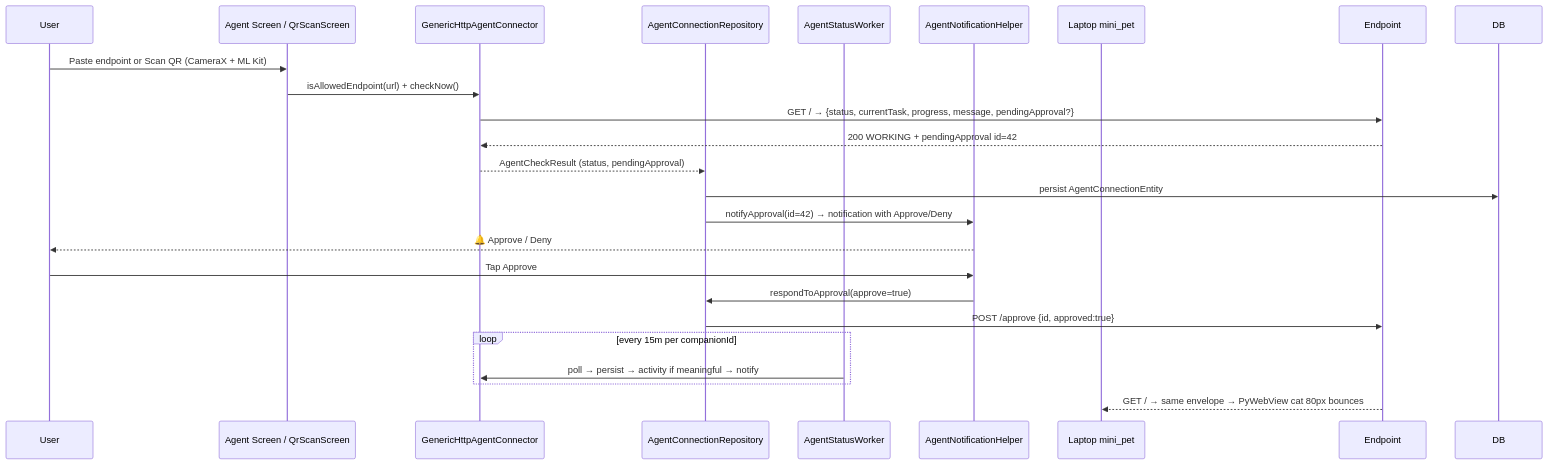
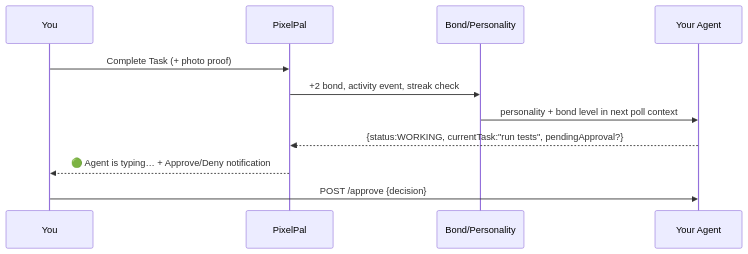
Before and after one commit to riddhibantia/Pixel-Pal-: the third of 3 diagrams in README.md, drawn with Mermaid. The commit also changed other lines of this file, not shown here.

````diff
--- a/README.md
+++ b/README.md
@@ -166,26 +119,13 @@
 ```mermaid
 sequenceDiagram
-    participant U as User
-    participant AgentScreen as Agent Screen / QrScanScreen
-    participant GHA as GenericHttpAgentConnector
-    participant Repo as AgentConnectionRepository
-    participant Worker as AgentStatusWorker
-    participant Notif as AgentNotificationHelper
-    participant Desk as Laptop mini_pet
-
-    U->>AgentScreen: Paste endpoint or Scan QR (CameraX + ML Kit)
-    AgentScreen->>GHA: isAllowedEndpoint(url) + checkNow()
-    GHA->>Endpoint: GET / → {status, currentTask, progress, message, pendingApproval?}
-    Endpoint-->>GHA: 200 WORKING + pendingApproval id=42
-    GHA-->>Repo: AgentCheckResult (status, pendingApproval)
-    Repo->>DB: persist AgentConnectionEntity
-    Repo->>Notif: notifyApproval(id=42) → notification with Approve/Deny
-    Notif-->>U: 🔔 Approve / Deny
-    U->>Notif: Tap Approve
-    Notif->>Repo: respondToApproval(approve=true)
-    Repo->>Endpoint: POST /approve {id, approved:true}
-    loop every 15m per companionId
-        Worker->>GHA: poll → persist → activity if meaningful → notify
-    end
-    Endpoint-->>Desk: GET / → same envelope → PyWebView cat 80px bounces
+    participant U as You
+    participant App as PixelPal
+    participant Pet as Bond/Personality
+    participant AI as Your Agent
+    U->>App: Complete Task (+ photo proof)
+    App->>Pet: +2 bond, activity event, streak check
+    Pet->>AI: personality + bond level in next poll context
+    AI-->>App: {status:WORKING, currentTask:"run tests", pendingApproval?}
+    App-->>U: 🟢 Agent is typing… + Approve/Deny notification
+    U->>AI: POST /approve {decision}
 ```
````
